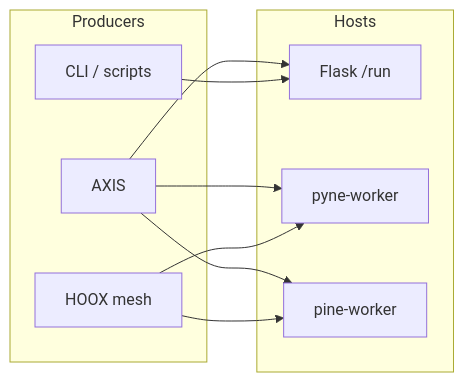
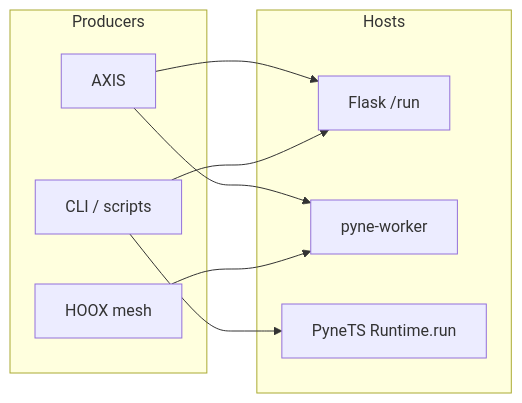
One commit to hoox-sh/pyne changed the diagram in docs/pyne/api/contract.mdx. Above: the diagram before and after it, drawn with Mermaid. The commit also changed other lines of this file and 60 other files, not shown here.

````diff
--- a/docs/pyne/api/contract.mdx
+++ b/docs/pyne/api/contract.mdx
@@ -35,19 +35,18 @@
 ```mermaid
 flowchart LR
   subgraph Producers
     AXIS[AXIS]
     CLI[CLI / scripts]
     HOOX[HOOX mesh]
   end
   subgraph Hosts
     FLASK[Flask /run]
     PYW[pyne-worker]
-    TSW[pine-worker]
+    TS[PyneTS Runtime.run]
   end
   AXIS --> FLASK
   AXIS --> PYW
-  AXIS --> TSW
   CLI --> FLASK
+  CLI --> TS
   HOOX --> PYW
-  HOOX --> TSW
 ```
````
